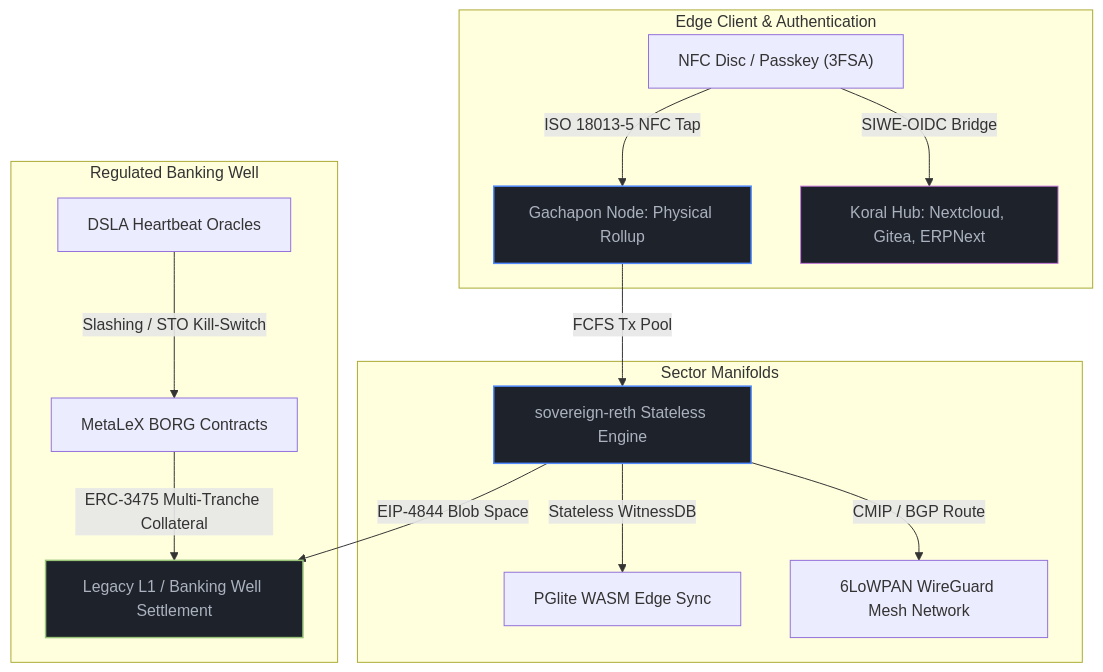
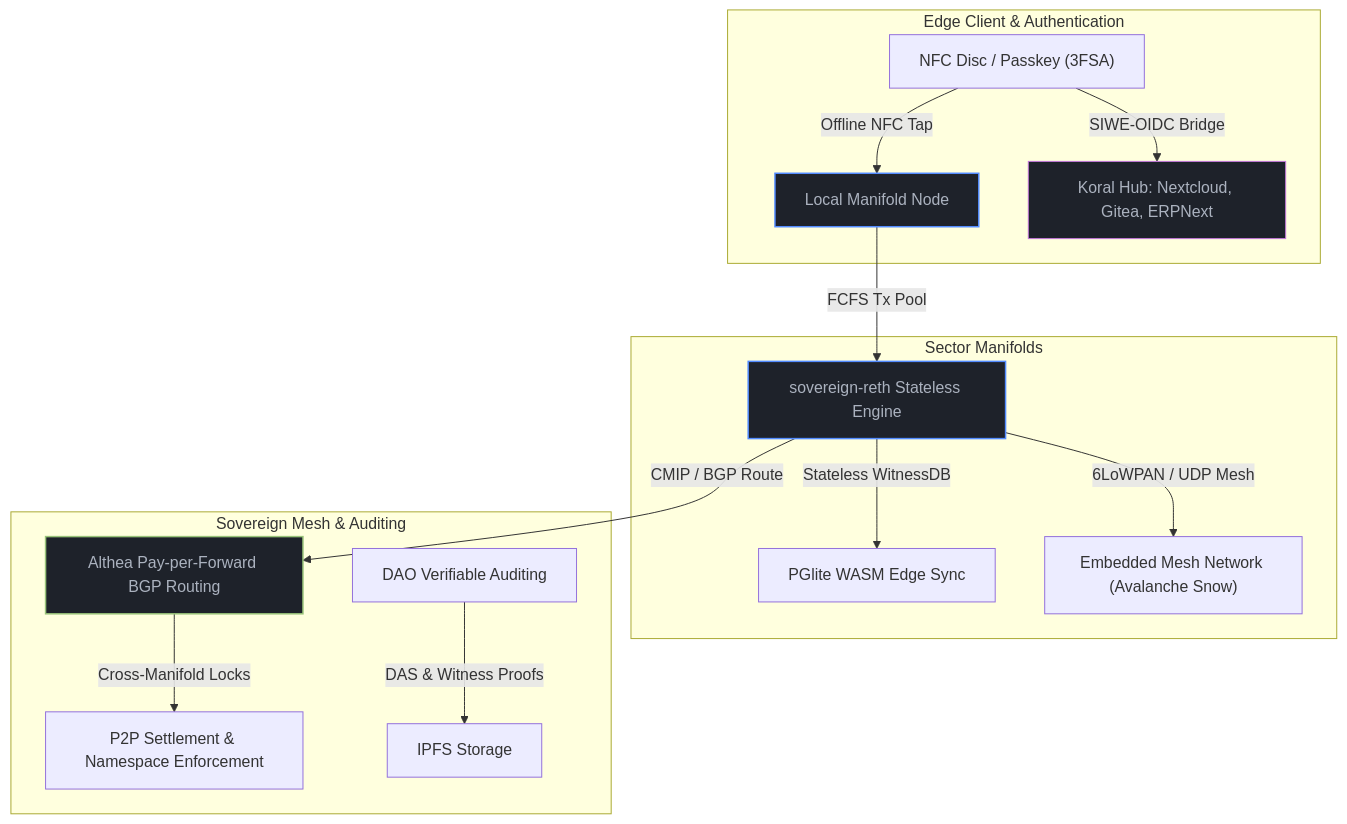
Before and after one commit to Citrullin/Sovereignty-Stack: the diagram in README.md, drawn with Mermaid. The commit also changed other lines of this file and 14 other files, not shown here.

Commit message:
docs(whitebook): refactor to align with autonomous mesh, QSP, Althea BGP, and Avalanche consensus

````diff
--- a/README.md
+++ b/README.md
@@ -13,24 +13,24 @@
 ```mermaid
 graph TD
     subgraph Client Layer [Edge Client & Authentication]
-        User["NFC Disc / Passkey (3FSA)"] -->|ISO 18013-5 NFC Tap| Gachapon["Gachapon Node: Physical Rollup"]
+        User["NFC Disc / Passkey (3FSA)"] -->|Offline NFC Tap| Node["Local Manifold Node"]
         User -->|SIWE-OIDC Bridge| Koral["Koral Hub: Nextcloud, Gitea, ERPNext"]
     end
 
     subgraph Execution Layer [Sector Manifolds]
-        Gachapon -->|FCFS Tx Pool| Reth["sovereign-reth Stateless Engine"]
+        Node -->|FCFS Tx Pool| Reth["sovereign-reth Stateless Engine"]
         Reth -->|Stateless WitnessDB| WASM["PGlite WASM Edge Sync"]
-        Reth -->|CMIP / BGP Route| Mesh["6LoWPAN WireGuard Mesh Network"]
+        Reth -->|6LoWPAN / UDP Mesh| Mesh["Embedded Mesh Network (Avalanche Snow)"]
     end
 
-    subgraph Settlement Layer [Regulated Banking Well]
-        Reth -->|EIP-4844 Blob Space| Base["Legacy L1 / Banking Well Settlement"]
-        BORG["MetaLeX BORG Contracts"] -->|ERC-3475 Multi-Tranche Collateral| Base
-        DSLA["DSLA Heartbeat Oracles"] -->|Slashing / STO Kill-Switch| BORG
+    subgraph Coordination Layer [Sovereign Mesh & Auditing]
+        Reth -->|CMIP / BGP Route| BGP["Althea Pay-per-Forward BGP Routing"]
+        BGP -->|Cross-Manifold Locks| Settlement["P2P Settlement & Namespace Enforcement"]
+        Audit["DAO Verifiable Auditing"] -->|DAS & Witness Proofs| IPFS["IPFS Storage"]
     end
 
-    style Gachapon fill:#1e222a,stroke:#528bff,stroke-width:1.5px,color:#abb2bf
+    style Node fill:#1e222a,stroke:#528bff,stroke-width:1.5px,color:#abb2bf
     style Reth fill:#1e222a,stroke:#528bff,stroke-width:1.5px,color:#abb2bf
-    style Base fill:#1e222a,stroke:#98c379,stroke-width:1.5px,color:#abb2bf
+    style BGP fill:#1e222a,stroke:#98c379,stroke-width:1.5px,color:#abb2bf
     style Koral fill:#1e222a,stroke:#c678dd,stroke-width:1px,color:#abb2bf
 ```
````
